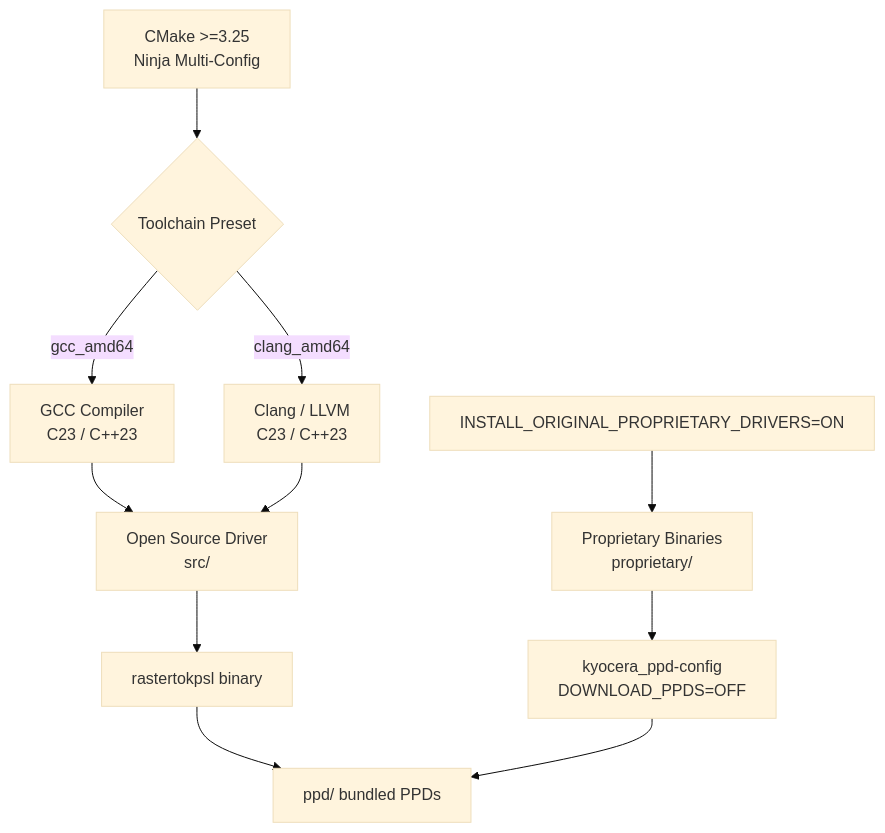
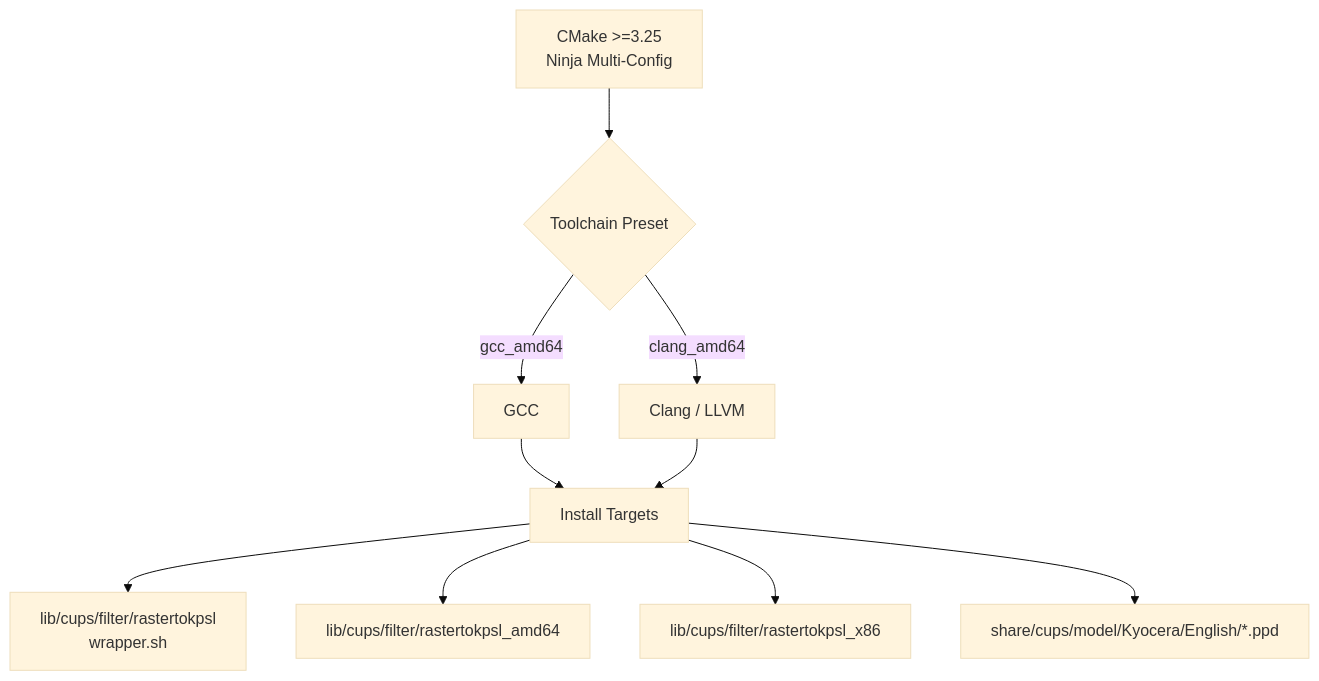
Before and after one commit to e-gleba/kyocera-drivers: the second of 2 diagrams in readme.md, drawn with Mermaid (base theme). The commit also changed other lines of this file, not shown here.

````diff
--- a/readme.md
+++ b/readme.md
@@ -77,13 +75,12 @@
 ```mermaid
 flowchart TD
     A[CMake >=3.25<br>Ninja Multi-Config] --> B{Toolchain Preset}
-    B -->|gcc_amd64| C[GCC Compiler<br>C23 / C++23]
-    B -->|clang_amd64| D[Clang / LLVM<br>C23 / C++23]
-    C --> E[Open Source Driver<br>src/]
+    B -->|gcc_amd64| C[GCC]
+    B -->|clang_amd64| D[Clang / LLVM]
+    C --> E[Install Targets]
     D --> E
-    E --> F[rastertokpsl binary]
-    F --> G[ppd/ bundled PPDs]
-    H[Proprietary Binaries<br>proprietary/] --> I[kyocera_ppd-config<br>DOWNLOAD_PPDS=OFF]
-    I --> G
-    J[INSTALL_ORIGINAL_PROPRIETARY_DRIVERS=ON] --> H
+    E --> F[lib/cups/filter/rastertokpsl<br>wrapper.sh]
+    E --> G[lib/cups/filter/rastertokpsl_amd64]
+    E --> H[lib/cups/filter/rastertokpsl_x86]
+    E --> I[share/cups/model/Kyocera/English/*.ppd]
 ```
````
